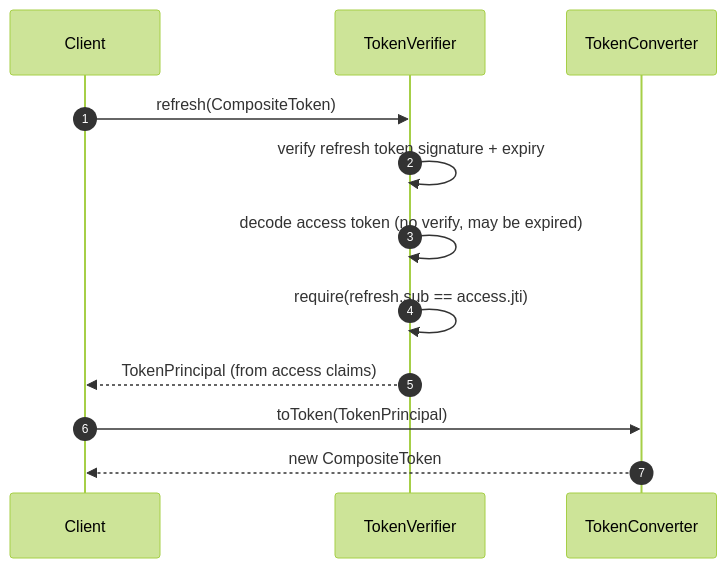
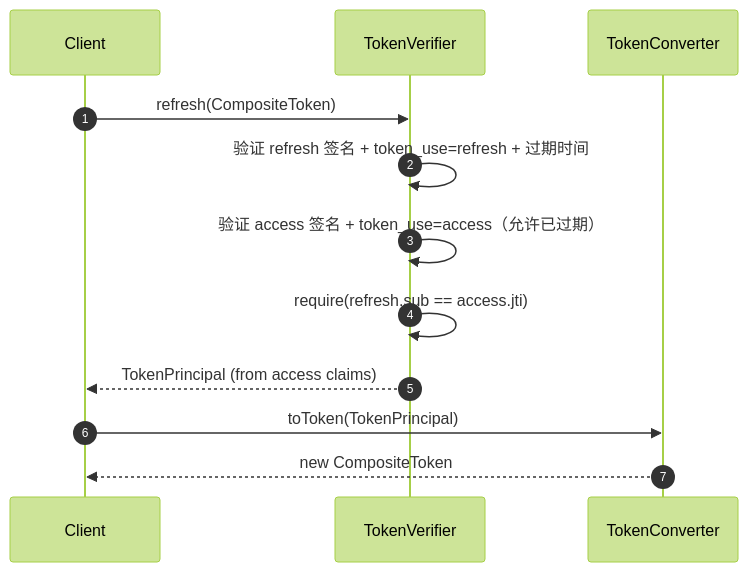
Before and after one commit to Ahoo-Wang/CoSec: the third of 3 diagrams in wiki/zh/deep-dive/authentication/token-management.md, drawn with Mermaid (forest theme). The commit also changed 43 other files, not shown here.

````diff
--- a/wiki/zh/deep-dive/authentication/token-management.md
+++ b/wiki/zh/deep-dive/authentication/token-management.md
@@ -211,17 +211,17 @@
 ```mermaid
 sequenceDiagram
     autonumber
     participant Client
     participant TV as TokenVerifier
     participant TC as TokenConverter
 
     Client->>TV: refresh(CompositeToken)
-    TV->>TV: verify refresh token signature + expiry
-    TV->>TV: decode access token (no verify, may be expired)
+    TV->>TV: 验证 refresh 签名 + token_use=refresh + 过期时间
+    TV->>TV: 验证 access 签名 + token_use=access（允许已过期）
     TV->>TV: require(refresh.sub == access.jti)
     TV-->>Client: TokenPrincipal (from access claims)
 
     Client->>TC: toToken(TokenPrincipal)
     TC-->>Client: new CompositeToken
 
 ```
````
